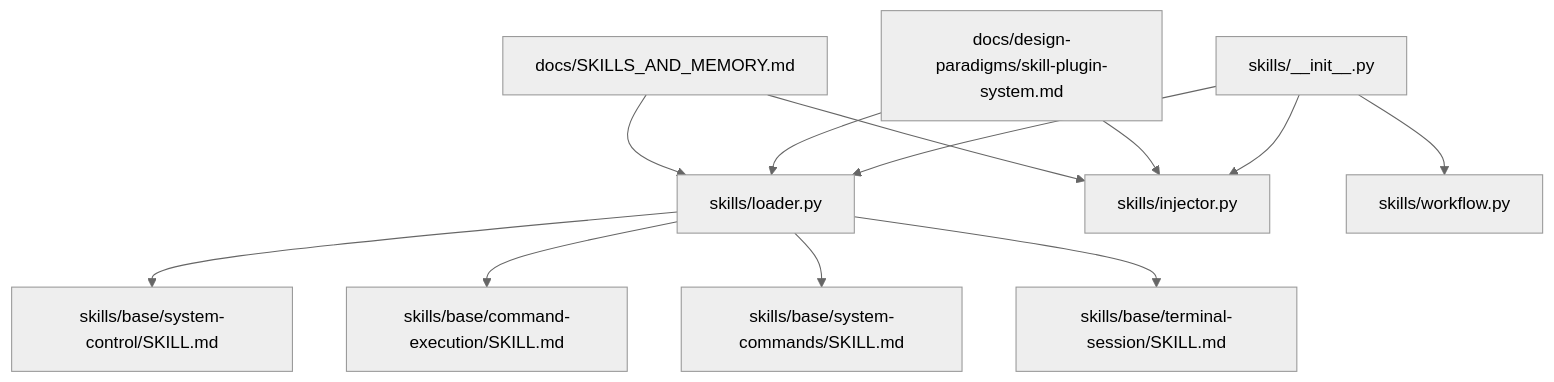
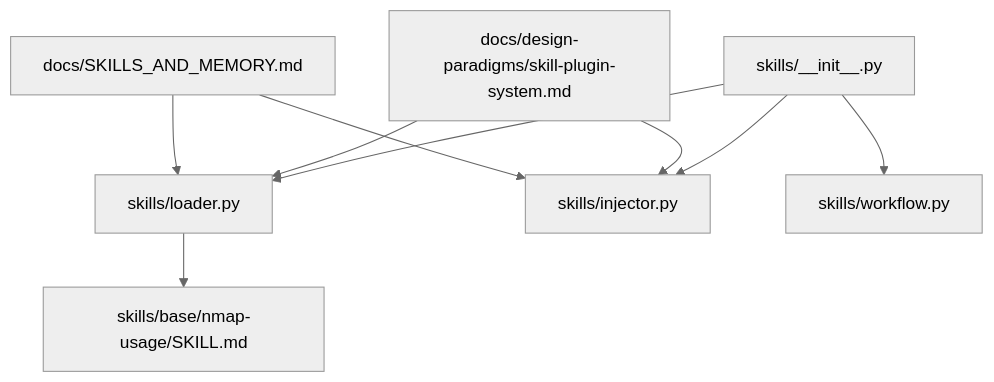
One commit to iammm0/secbot changed the first of 6 diagrams in .qoder/repowiki/zh/content/技能与记忆系统/技能管理系统/技能管理系统.md. Above: the diagram before and after it, drawn with Mermaid (neutral theme). The commit also changed other lines of this file and 47 other files, not shown here.

````diff
--- a/.qoder/repowiki/zh/content/技能与记忆系统/技能管理系统/技能管理系统.md
+++ b/.qoder/repowiki/zh/content/技能与记忆系统/技能管理系统/技能管理系统.md
@@ -64,14 +44,11 @@
 ```mermaid
 graph TB
 A["skills/__init__.py"] --> B["skills/loader.py"]
 A --> C["skills/injector.py"]
 A --> D["skills/workflow.py"]
-B --> E["skills/base/system-control/SKILL.md"]
-B --> F["skills/base/command-execution/SKILL.md"]
-B --> G["skills/base/system-commands/SKILL.md"]
-B --> H["skills/base/terminal-session/SKILL.md"]
-I["docs/design-paradigms/skill-plugin-system.md"] --> B
-I --> C
-J["docs/SKILLS_AND_MEMORY.md"] --> B
-J --> C
+B --> E["skills/base/nmap-usage/SKILL.md"]
+F["docs/design-paradigms/skill-plugin-system.md"] --> B
+F --> C
+G["docs/SKILLS_AND_MEMORY.md"] --> B
+G --> C
 ```
````
